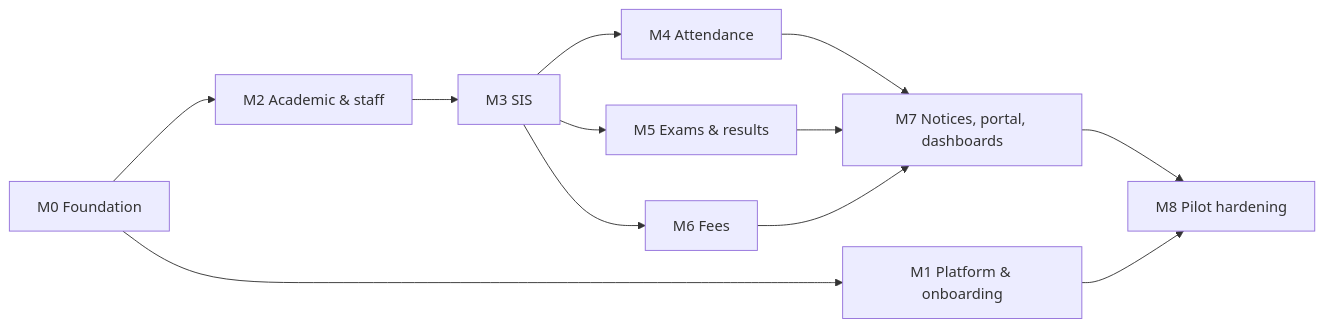
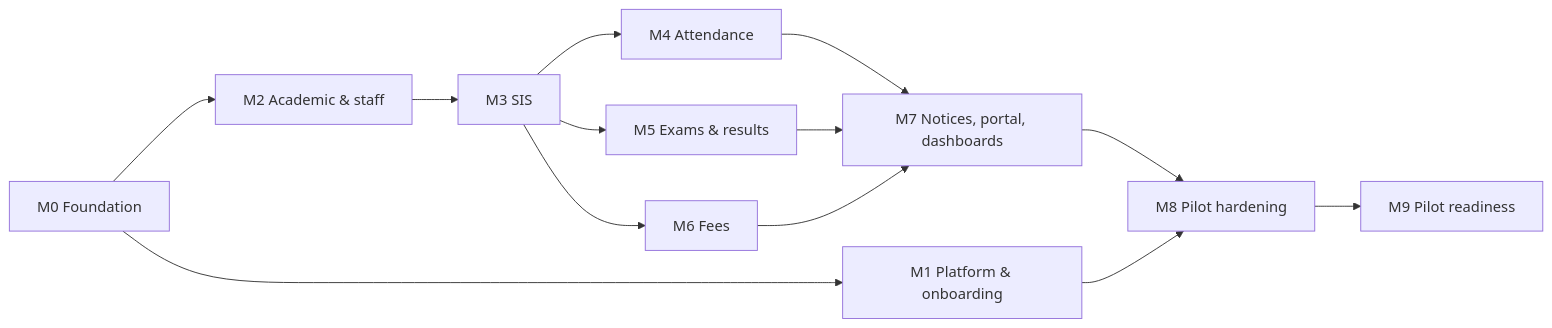
One commit to biprodas/school-erp changed the diagram in doc/backend-plan.md. Above: the diagram before and after it, drawn with Mermaid. The commit also changed other lines of this file and 46 other files, not shown here.

````diff
--- a/doc/backend-plan.md
+++ b/doc/backend-plan.md
@@ -71,14 +77,15 @@
 ```mermaid
 flowchart LR
   M0[M0 Foundation] --> M1[M1 Platform & onboarding]
   M0 --> M2[M2 Academic & staff]
   M2 --> M3[M3 SIS]
   M3 --> M4[M4 Attendance]
   M3 --> M5[M5 Exams & results]
   M3 --> M6[M6 Fees]
   M4 --> M7[M7 Notices, portal, dashboards]
   M5 --> M7
   M6 --> M7
   M7 --> M8[M8 Pilot hardening]
   M1 --> M8
+  M8 --> M9[M9 Pilot readiness]
 ```
````
